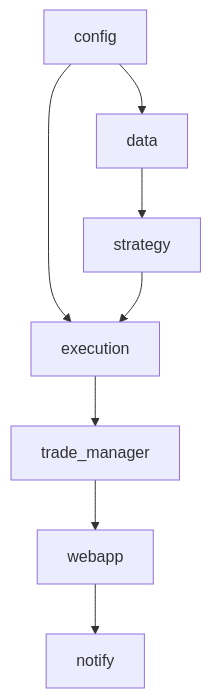
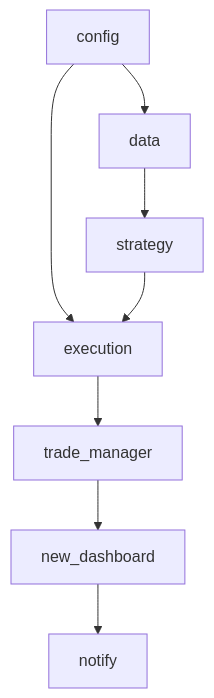
One commit to EJE2025/bot changed the diagram in README.md. Above: the diagram before and after it, drawn with Mermaid. The commit also changed other lines of this file and 16 other files, not shown here.

````diff
--- a/README.md
+++ b/README.md
@@ -228,10 +224,10 @@
 ```mermaid
 graph TD
     config --> data
     config --> execution
     data --> strategy
     strategy --> execution
     execution --> trade_manager
-    trade_manager --> webapp
-    webapp --> notify
+    trade_manager --> new_dashboard
+    new_dashboard --> notify
 ```
````
